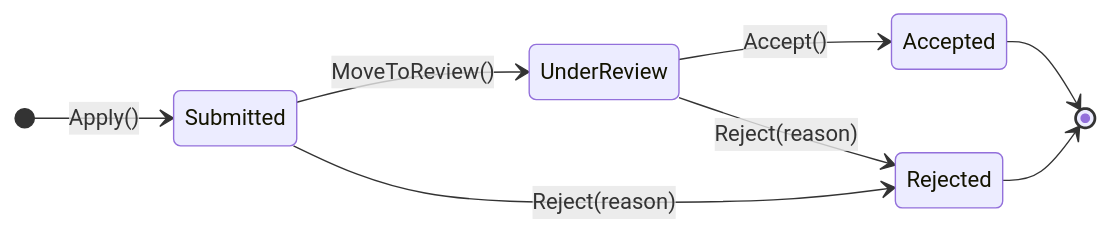
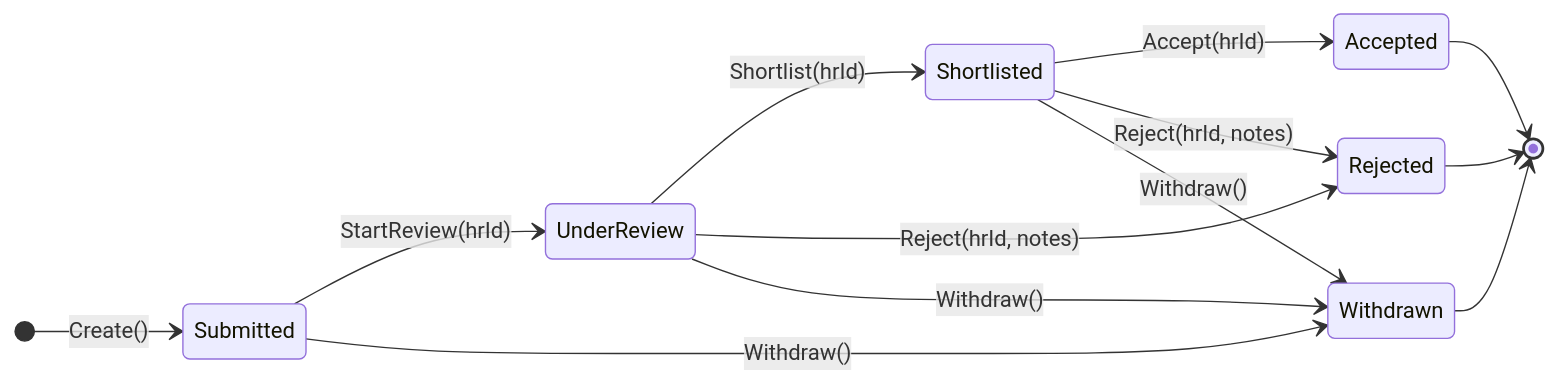
One commit to thinkbridge-thinkschool/AmeyK-Capstone-Talentbridge changed the fourth of 6 diagrams in DESIGN.md. Above: the diagram before and after it, drawn with Mermaid. The commit also changed other lines of this file and 111 other files, not shown here.

````diff
--- a/DESIGN.md
+++ b/DESIGN.md
@@ -150,11 +313,16 @@
 ```mermaid
 stateDiagram-v2
     direction LR
-    [*] --> Submitted : Apply()
-    Submitted --> UnderReview : MoveToReview()
-    UnderReview --> Accepted : Accept()
-    UnderReview --> Rejected : Reject(reason)
-    Submitted --> Rejected : Reject(reason)
+    [*] --> Submitted : Create()
+    Submitted --> UnderReview : StartReview(hrId)
+    UnderReview --> Shortlisted : Shortlist(hrId)
+    Shortlisted --> Accepted : Accept(hrId)
+    UnderReview --> Rejected : Reject(hrId, notes)
+    Shortlisted --> Rejected : Reject(hrId, notes)
+    Submitted --> Withdrawn : Withdraw()
+    UnderReview --> Withdrawn : Withdraw()
+    Shortlisted --> Withdrawn : Withdraw()
     Accepted --> [*]
     Rejected --> [*]
+    Withdrawn --> [*]
 ```
````
